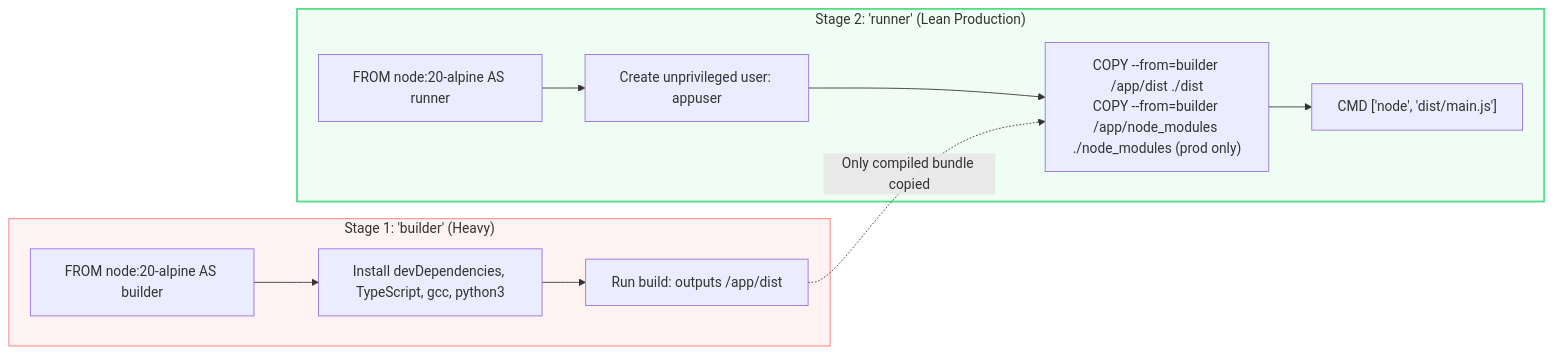
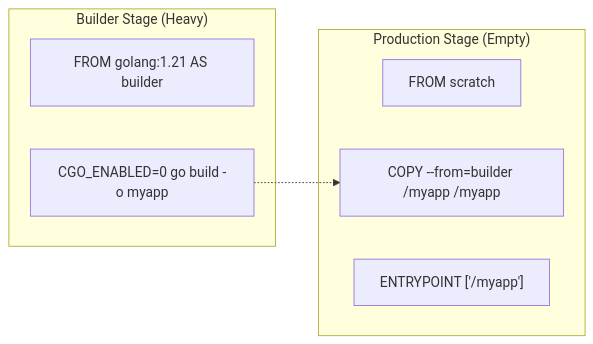
The third of 3 diagrams in 01-Docker/02-Dockerfile-Deep-Dive-and-Best-Practices.md (PandeyKishan/Study-Notes), drawn with Mermaid before and after one commit. The commit also changed other lines of this file and 38 other files, not shown here.

````diff
--- a/01-Docker/02-Dockerfile-Deep-Dive-and-Best-Practices.md
+++ b/01-Docker/02-Dockerfile-Deep-Dive-and-Best-Practices.md
@@ -73,22 +67,15 @@
 ```mermaid
 flowchart LR
-    subgraph Stage1["Stage 1: 'builder' (Heavy)"]
-        B_Base["FROM node:20-alpine AS builder"]
-        B_Tools["Install devDependencies, TypeScript, gcc, python3"]
-        B_Compile["Run build: outputs /app/dist"]
-        B_Base --> B_Tools --> B_Compile
+    subgraph Stage1["Builder Stage (Heavy)"]
+        B_Base["FROM golang:1.21 AS builder"]
+        B_Compile["CGO_ENABLED=0 go build -o myapp"]
     end
 
-    subgraph Stage2["Stage 2: 'runner' (Lean Production)"]
-        R_Base["FROM node:20-alpine AS runner"]
-        R_User["Create unprivileged user: appuser"]
-        R_Copy["COPY --from=builder /app/dist ./dist\nCOPY --from=builder /app/node_modules ./node_modules (prod only)"]
-        R_CMD["CMD ['node', 'dist/main.js']"]
-        R_Base --> R_User --> R_Copy --> R_CMD
+    subgraph Stage2["Production Stage (Empty)"]
+        R_Base["FROM scratch"]
+        R_Copy["COPY --from=builder /myapp /myapp"]
+        R_CMD["ENTRYPOINT ['/myapp']"]
     end
 
-    B_Compile -.->|Only compiled bundle copied| R_Copy
-
-    style Stage1 fill:#fef2f2,stroke:#f87171,stroke-width:1px
-    style Stage2 fill:#f0fdf4,stroke:#4ade80,stroke-width:2px
+    B_Compile -.-> R_Copy
 ```
````
